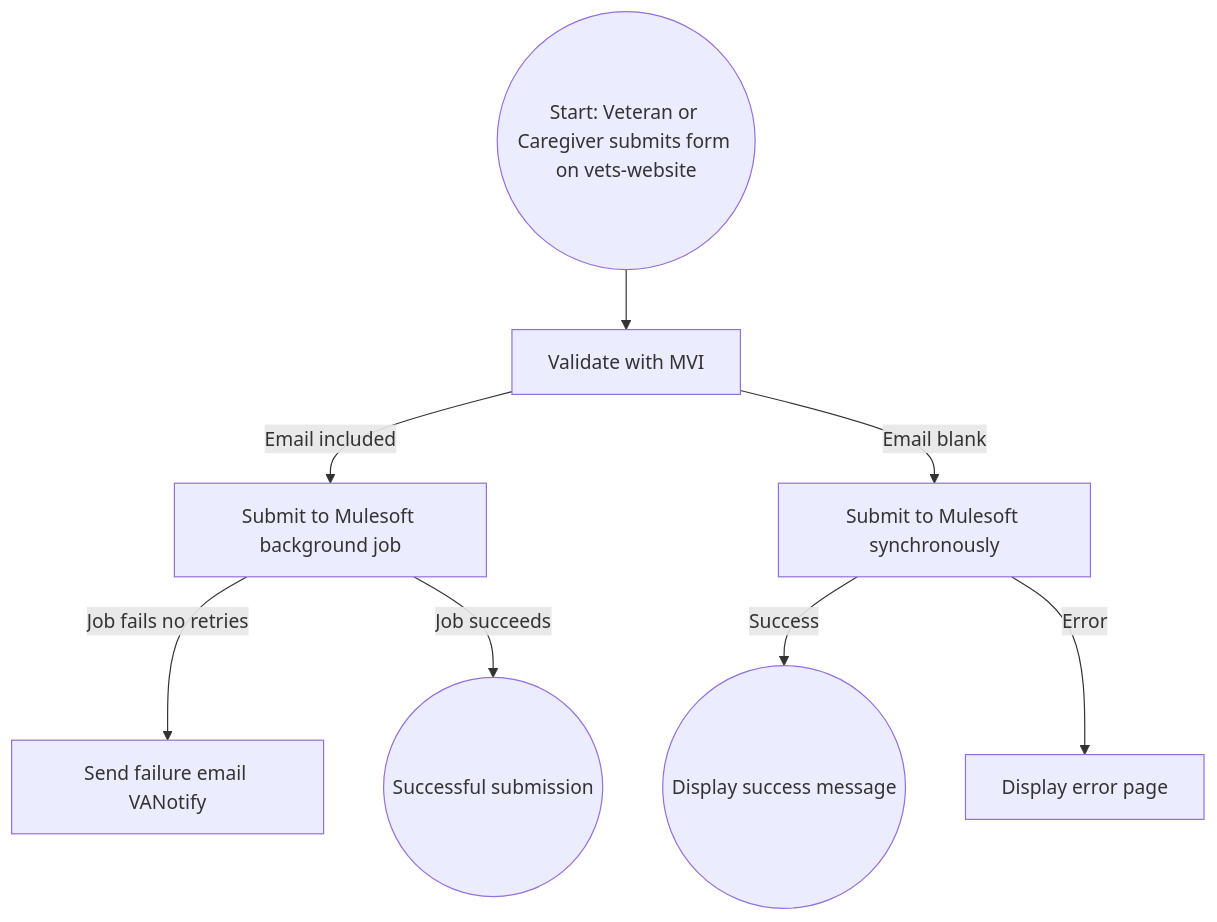
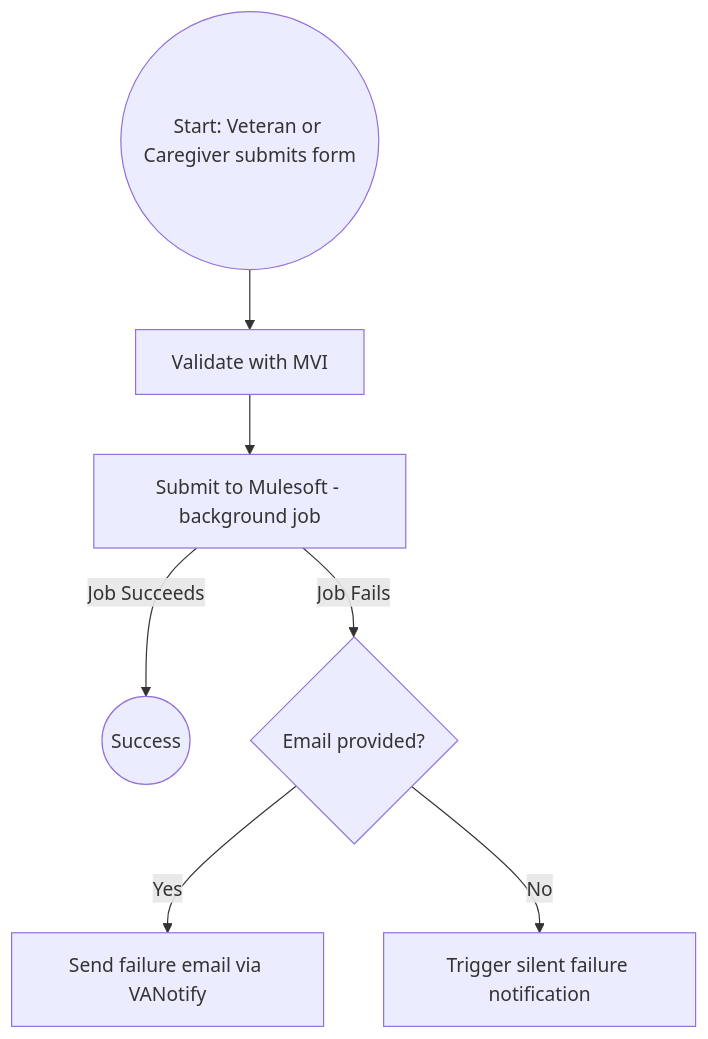
Before and after one commit to department-of-veterans-affairs/va.gov-team: the diagram in products/caregivers/eng-docs/10-10CG Flowchart.md, drawn with Mermaid.

Commit message:
update 10-10CG flowchart

````diff
--- a/products/caregivers/eng-docs/10-10CG Flowchart.md
+++ b/products/caregivers/eng-docs/10-10CG Flowchart.md
@@ -1,10 +1,12 @@
 ```mermaid
 flowchart TD
-    A((Start: Veteran or Caregiver submits form on vets-website)) --> B[Validate with MVI]
-    B -->|Email included| E[Submit to Mulesoft background job]
-    E -->|Job fails no retries| F[Send failure email VANotify]
-    E -->|Job succeeds| G((Successful submission))
-    B -->|Email blank| H[Submit to Mulesoft synchronously]
-    H -->|Success| I((Display success message))
-    H -->|Error| J[Display error page]
+    A((Start: Veteran or Caregiver submits form)) --> B[Validate with MVI]
+    B --> C[Submit to Mulesoft - background job]
+
+    C -->|Job Succeeds| D((Success))
+
+    C -->|Job Fails| E{Email provided?}
+    E -->|Yes| F[Send failure email via VANotify]
+    E -->|No| G[Trigger silent failure notification]
+
 ```
````
